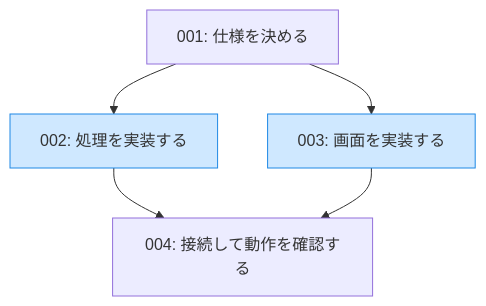
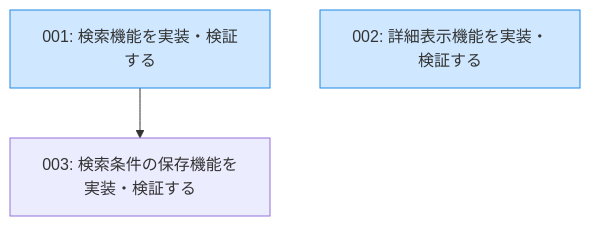
The diagram in ai-linux/.claude/skills/task-starter/references/templates/roadmap-template.md (goldeneggg/dotfiles), drawn with Mermaid before and after one commit. The commit also changed other lines of this file and 1 other file, not shown here.

Commit message:
fix(task-starter): prioritize deliverables over time and parallelism

````diff
--- a/ai-linux/.claude/skills/task-starter/references/templates/roadmap-template.md
+++ b/ai-linux/.claude/skills/task-starter/references/templates/roadmap-template.md
@@ -17,9 +17,7 @@
 ```mermaid
 graph TD
-  A["001: 仕様を決める"] --> B["002: 処理を実装する"]
-  A --> C["003: 画面を実装する"]
-  B --> D["004: 接続して動作を確認する"]
-  C --> D
+  A["001: 検索機能を実装・検証する"] --> C["003: 検索条件の保存機能を実装・検証する"]
+  B["002: 詳細表示機能を実装・検証する"]
   classDef parallel fill:#cfe8ff,stroke:#1e88e5;
-  class B,C parallel;
+  class A,B parallel;
 ```
````
